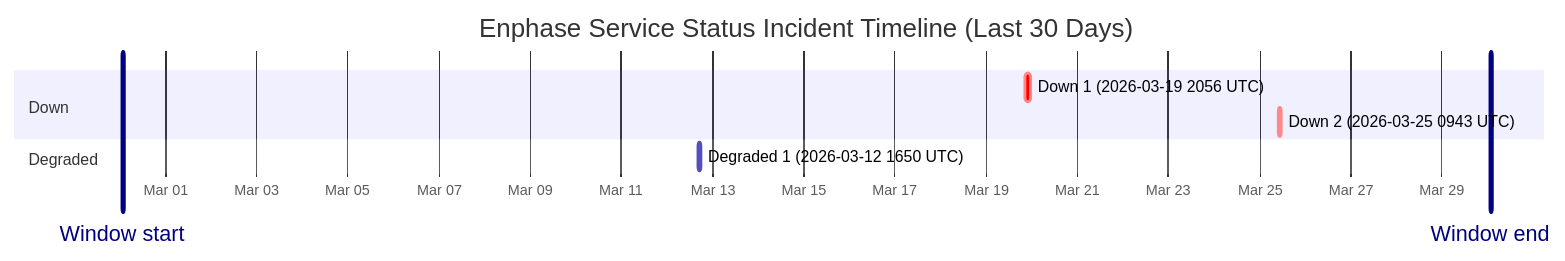
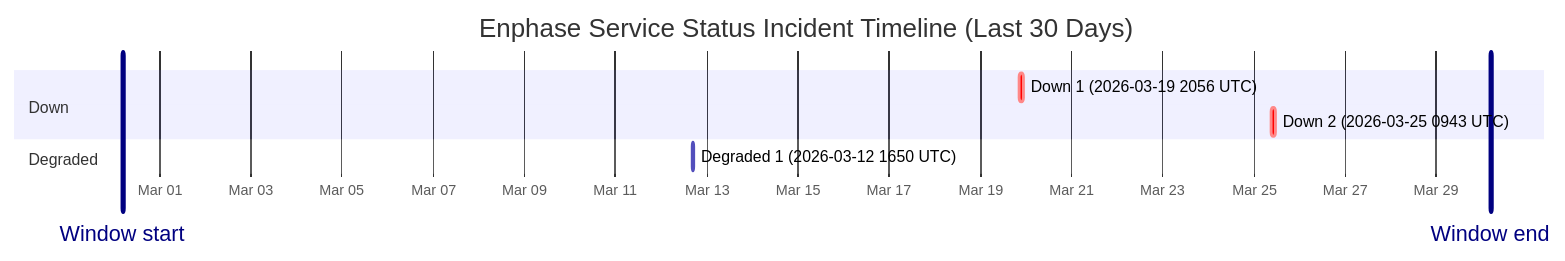
Before and after one commit to barneyonline/ha-enphase-ev-charger: the diagram in wiki/Service-Status-History.md, drawn with Mermaid. The commit also changed other lines of this file and 3 other files, not shown here.

````diff
--- a/wiki/Service-Status-History.md
+++ b/wiki/Service-Status-History.md
@@ -14,13 +14,13 @@
 ```mermaid
 gantt
     title Enphase Service Status Incident Timeline (Last 30 Days)
     dateFormat  YYYY-MM-DDTHH:mm:ss
     axisFormat  %b %d
-    Window start :vert, window-start, 2026-02-28T01:27:15, 0ms
-    Window end :vert, window-end, 2026-03-30T01:27:15, 0ms
+    Window start :vert, window-start, 2026-02-28T04:37:31, 0ms
+    Window end :vert, window-end, 2026-03-30T04:37:31, 0ms
     section Down
     Down 1 (2026-03-19 2056 UTC) :crit, down-1, 2026-03-19T20:56:20, 145m
     Down 2 (2026-03-25 0943 UTC) :crit, down-2, 2026-03-25T09:43:28, 111m
     section Degraded
     Degraded 1 (2026-03-12 1650 UTC) :active, degraded-1, 2026-03-12T16:50:43, 60m
 ```
````
